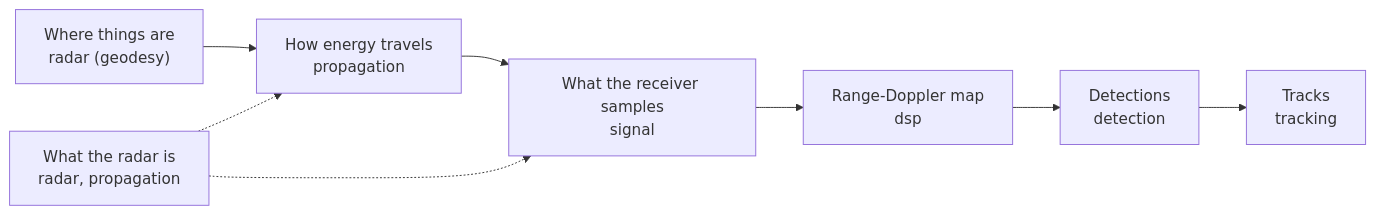
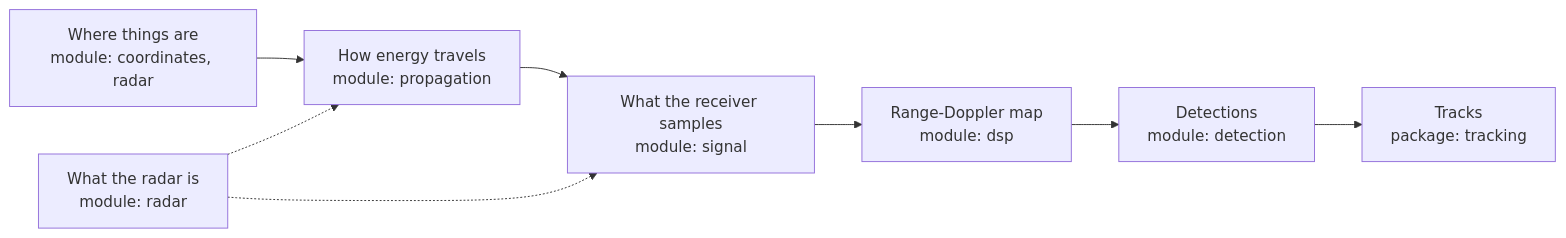
One commit to nyuting/radar-forge changed the diagram in docs/user-guide/README.md. Above: the diagram before and after it, drawn with Mermaid. The commit also changed other lines of this file and 139 other files, not shown here.

````diff
--- a/docs/user-guide/README.md
+++ b/docs/user-guide/README.md
@@ -12,10 +12,10 @@
 ```mermaid
 flowchart LR
-    A["Where things are<br/>radar (geodesy)"] --> B["How energy travels<br/>propagation"]
-    B --> C["What the receiver samples<br/>signal"]
-    C --> D["Range-Doppler map<br/>dsp"]
-    D --> E["Detections<br/>detection"]
-    E --> F["Tracks<br/>tracking"]
-    R["What the radar is<br/>radar, propagation"] -.-> B
+    A["Where things are<br/>module: coordinates, radar"] --> B["How energy travels<br/>module: propagation"]
+    B --> C["What the receiver samples<br/>module: signal"]
+    C --> D["Range-Doppler map<br/>module: dsp"]
+    D --> E["Detections<br/>module: detection"]
+    E --> F["Tracks<br/>package: tracking"]
+    R["What the radar is<br/>module: radar"] -.-> B
     R -.-> C
 ```
````
